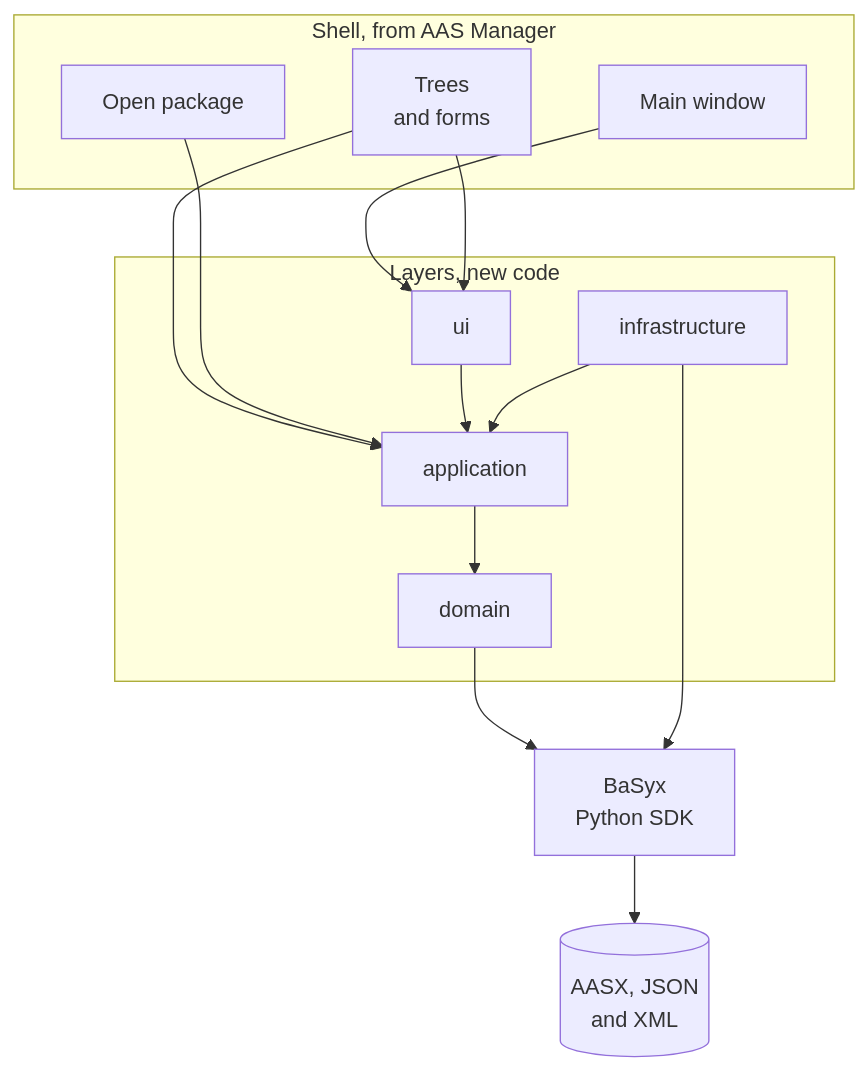
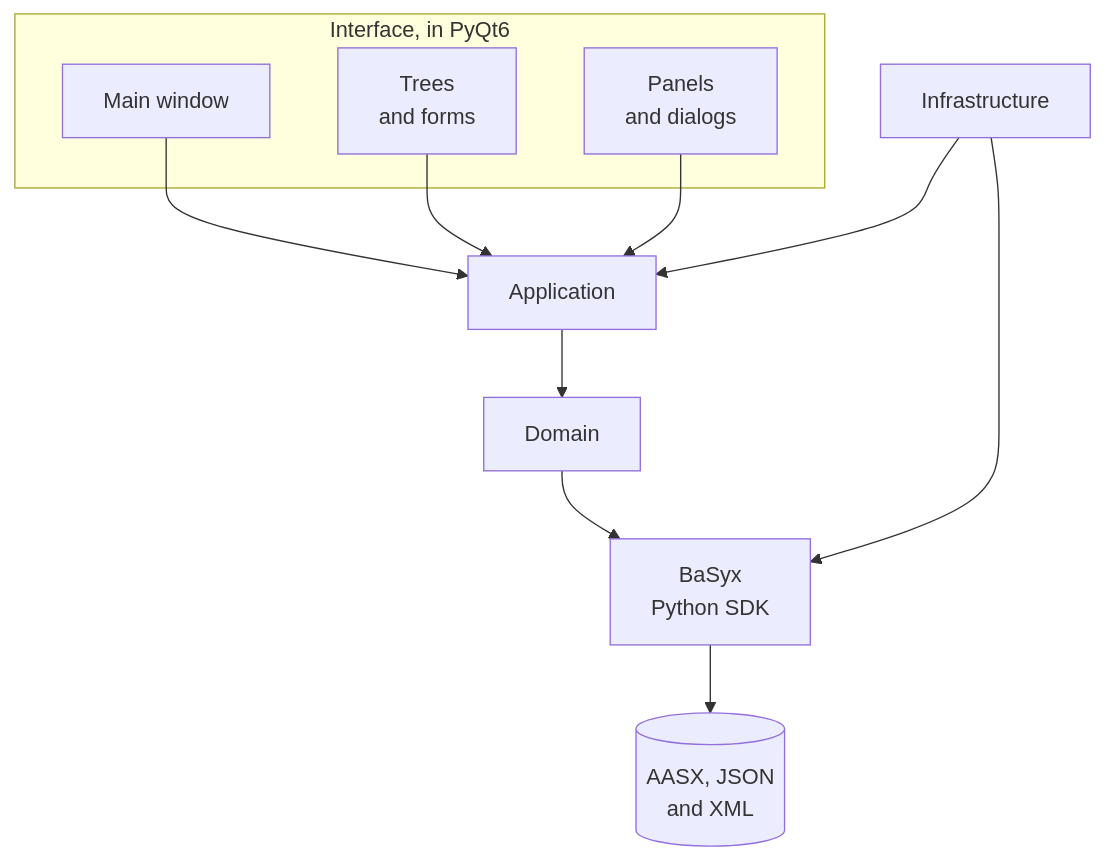
Before and after one commit to ifonso/AAS-Workingbench: the diagram in README.md, drawn with Mermaid. The commit also changed other lines of this file, not shown here.

First line of the commit message:
docs: draw the architecture as it is, without its history

````diff
--- a/README.md
+++ b/README.md
@@ -74,29 +73,23 @@
 ```mermaid
 flowchart TB
-    subgraph shell["Shell, from AAS Manager"]
+    subgraph interface["Interface, in PyQt6"]
         window["Main window"]
         views["Trees<br/>and forms"]
-        pack["Open package"]
+        panels["Panels<br/>and dialogs"]
     end
 
-    subgraph layers["Layers, new code"]
-        ui["ui"]
-        app["application"]
-        domain["domain"]
-        infra["infrastructure"]
-    end
-
+    app["Application"]
+    domain["Domain"]
+    infra["Infrastructure"]
     sdk["BaSyx<br/>Python SDK"]
     files[("AASX, JSON<br/>and XML")]
 
-    window --> ui
-    views --> ui
+    window --> app
     views --> app
-    pack --> app
-    ui --> app
+    panels --> app
     app --> domain
     infra --> app
     domain --> sdk
     infra --> sdk
     sdk --> files
 ```
````
